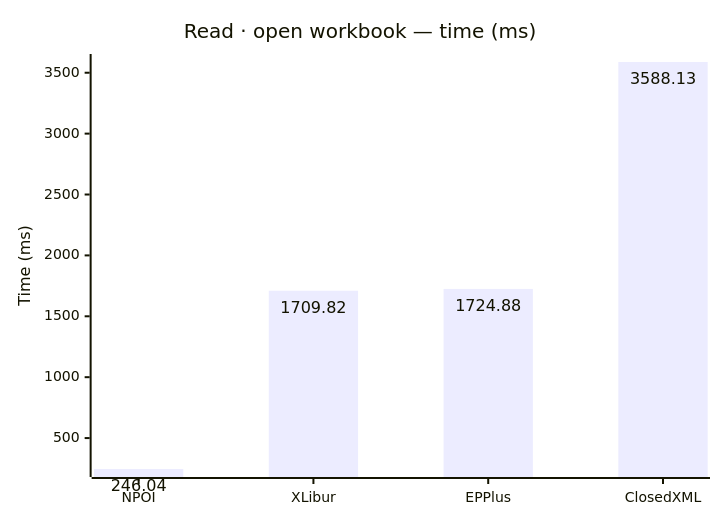
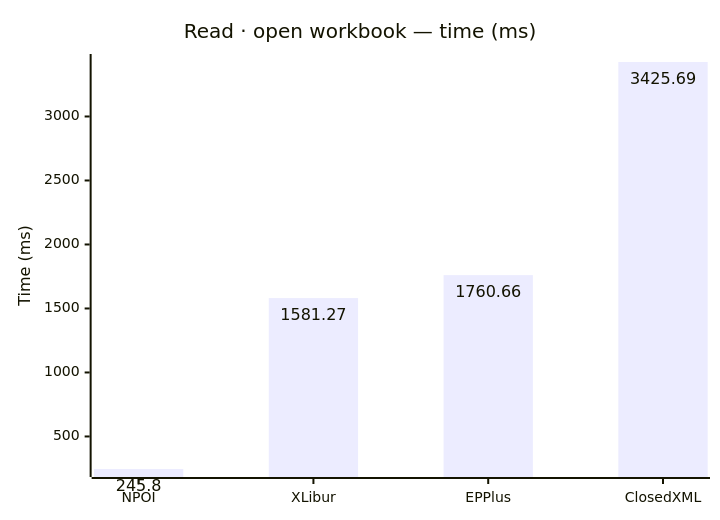
One commit to jafin/XLBench changed the first of 6 diagrams in docs/results.md. Above: the diagram before and after it, drawn with Mermaid. The commit also changed other lines of this file and 1 other file, not shown here.

````diff
--- a/docs/results.md
+++ b/docs/results.md
@@ -34,12 +34,12 @@
 ```mermaid
 ---
 config:
   xyChart:
     showDataLabel: true
 ---
 xychart-beta
     title "Read · open workbook — time (ms)"
     x-axis ["NPOI", "XLibur", "EPPlus", "ClosedXML"]
     y-axis "Time (ms)"
-    bar [246.04, 1709.82, 1724.88, 3588.13]
+    bar [245.8, 1581.27, 1760.66, 3425.69]
 ```
````
